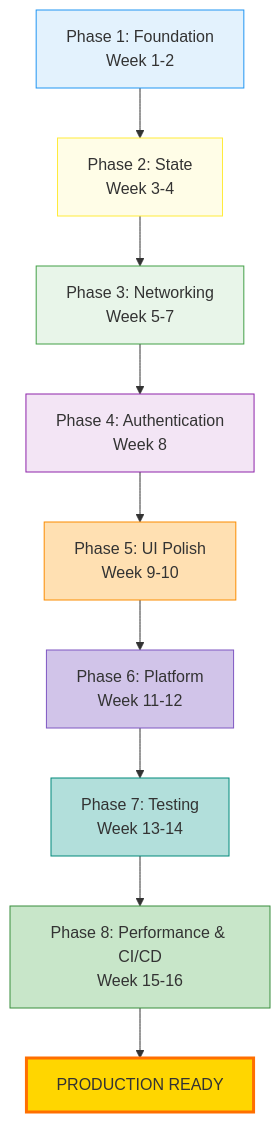
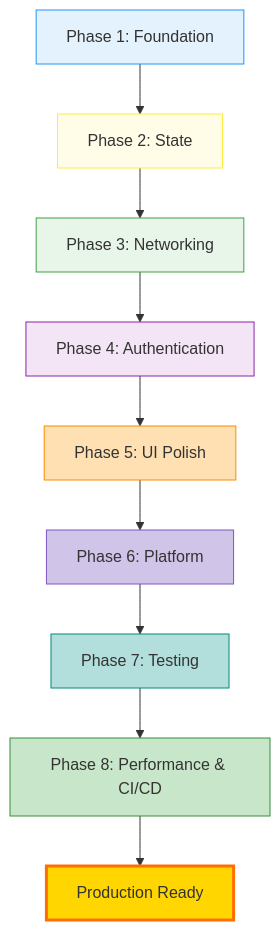
The first of 5 diagrams in learning_system/learning_plan.md (MohamedRamadanSalah/Flutter_RoadMap_Deep_Learning), drawn with Mermaid before and after one commit. The commit also changed other lines of this file, not shown here.

Commit message:
Refactor learning plan mermaid diagrams for improved clarity and consistency

````diff
--- a/learning_system/learning_plan.md
+++ b/learning_system/learning_plan.md
@@ -13,20 +13,20 @@
 ```mermaid
 graph TD
-  P1[Phase 1: Foundation\nWeek 1-2] --> P2[Phase 2: State\nWeek 3-4]
-  P2 --> P3[Phase 3: Networking\nWeek 5-7]
-  P3 --> P4[Phase 4: Authentication\nWeek 8]
-  P4 --> P5[Phase 5: UI Polish\nWeek 9-10]
-  P5 --> P6[Phase 6: Platform\nWeek 11-12]
-  P6 --> P7[Phase 7: Testing\nWeek 13-14]
-  P7 --> P8[Phase 8: Performance & CI/CD\nWeek 15-16]
-  P8 --> PROD[PRODUCTION READY]
+  P1[Phase 1: Foundation] --> P2[Phase 2: State]
+  P2 --> P3[Phase 3: Networking]
+  P3 --> P4[Phase 4: Authentication]
+  P4 --> P5[Phase 5: UI Polish]
+  P5 --> P6[Phase 6: Platform]
+  P6 --> P7[Phase 7: Testing]
+  P7 --> P8[Phase 8: Performance & CI/CD]
+  P8 --> PROD[Production Ready]
   style P1 fill:#e3f2fd,stroke:#2196f3
   style P2 fill:#fffde7,stroke:#ffeb3b
   style P3 fill:#e8f5e9,stroke:#43a047
   style P4 fill:#f3e5f5,stroke:#8e24aa
   style P5 fill:#ffe0b2,stroke:#fb8c00
   style P6 fill:#d1c4e9,stroke:#7e57c2
   style P7 fill:#b2dfdb,stroke:#00897b
   style P8 fill:#c8e6c9,stroke:#388e3c
   style PROD fill:#ffd600,stroke:#ff6f00,stroke-width:3px
 ```
````
